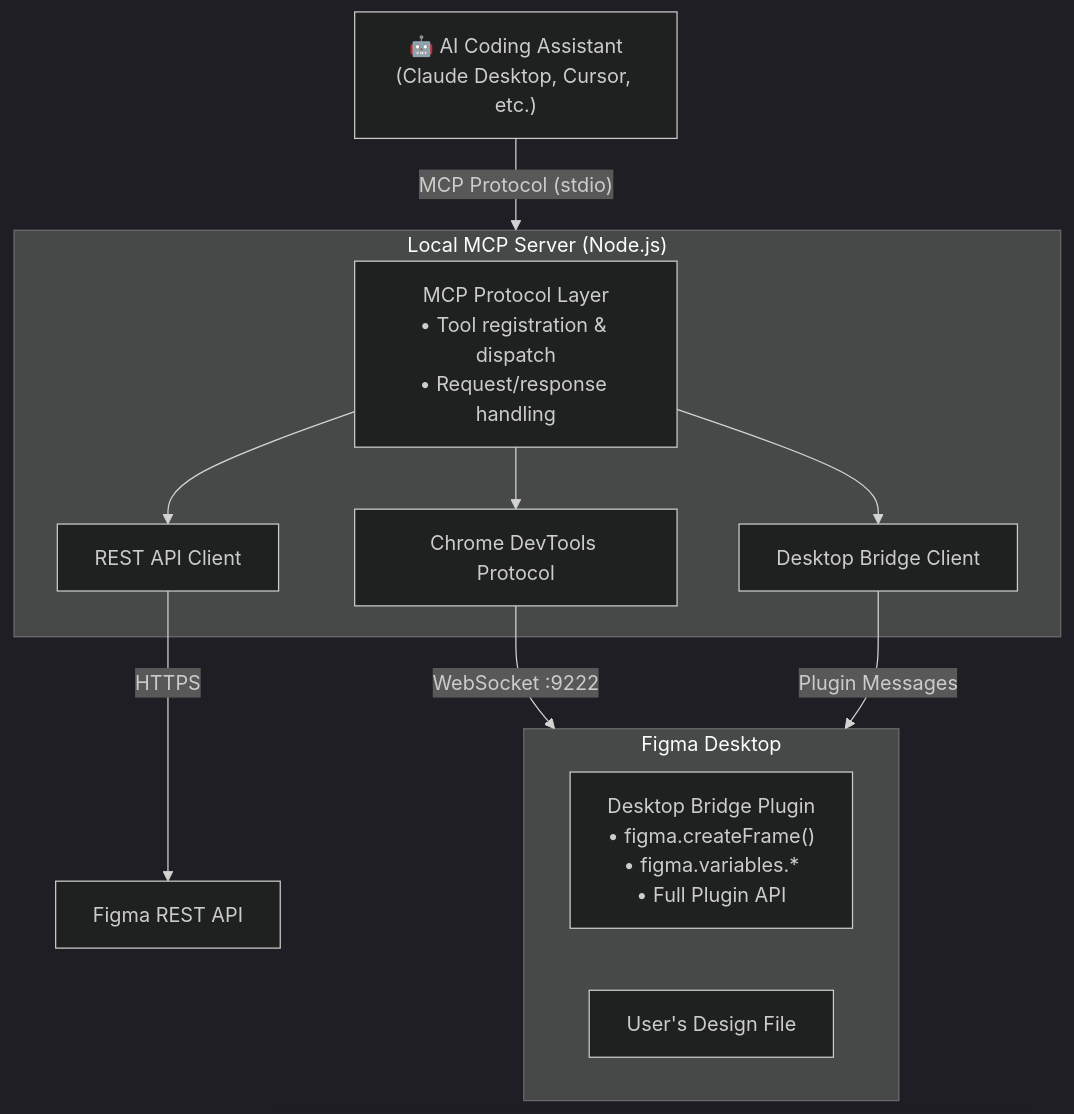
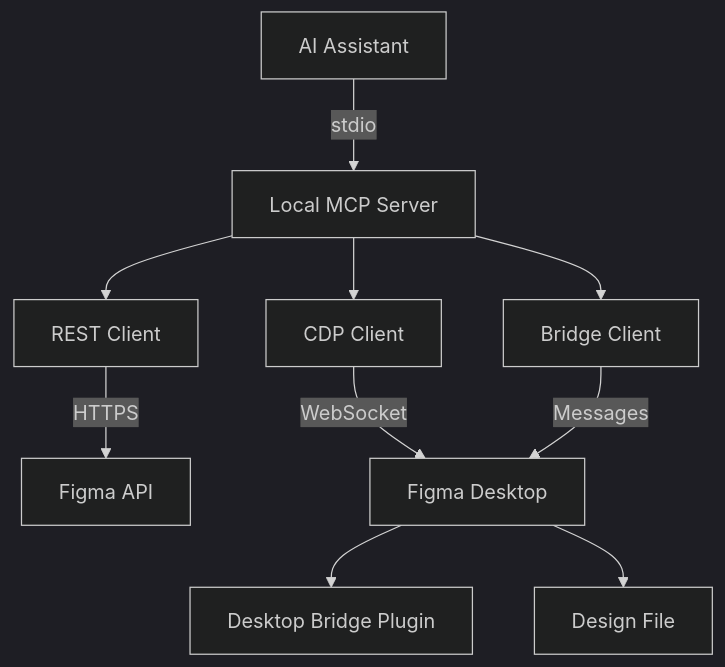
The second of 6 diagrams in docs/architecture.md (southleft/figma-console-mcp), drawn with Mermaid (dark theme) before and after one commit. The commit also changed other lines of this file, not shown here.

First line of the commit message:
fix(docs): Optimize Mermaid charts for container width

````diff
--- a/docs/architecture.md
+++ b/docs/architecture.md
@@ -47,26 +42,16 @@
 ```mermaid
 flowchart TB
-    AI["🤖 AI Coding Assistant<br/>(Claude Desktop, Cursor, etc.)"]
+    AI[AI Assistant]
+    AI -->|stdio| SERVER[Local MCP Server]
 
-    AI -->|"MCP Protocol (stdio)"| LOCAL
+    SERVER --> REST[REST Client]
+    SERVER --> CDP[CDP Client]
+    SERVER --> BRIDGE[Bridge Client]
 
-    subgraph LOCAL["Local MCP Server (Node.js)"]
-        MCP["MCP Protocol Layer<br/>• Tool registration & dispatch<br/>• Request/response handling"]
-        REST["REST API Client"]
-        BRIDGE["Desktop Bridge Client"]
-        CDP["Chrome DevTools Protocol"]
+    REST -->|HTTPS| API[Figma API]
+    CDP -->|WebSocket| FIGMA[Figma Desktop]
+    BRIDGE -->|Messages| FIGMA
 
-        MCP --> REST
-        MCP --> BRIDGE
-        MCP --> CDP
-    end
-
-    REST -->|"HTTPS"| FIGAPI["Figma REST API"]
-    CDP -->|"WebSocket :9222"| FIGMA
-    BRIDGE -->|"Plugin Messages"| FIGMA
-
-    subgraph FIGMA["Figma Desktop"]
-        PLUGIN["Desktop Bridge Plugin<br/>• figma.createFrame()<br/>• figma.variables.*<br/>• Full Plugin API"]
-        FILE["User's Design File"]
-    end
+    FIGMA --> PLUGIN[Desktop Bridge Plugin]
+    FIGMA --> FILE[Design File]
 ```
````
